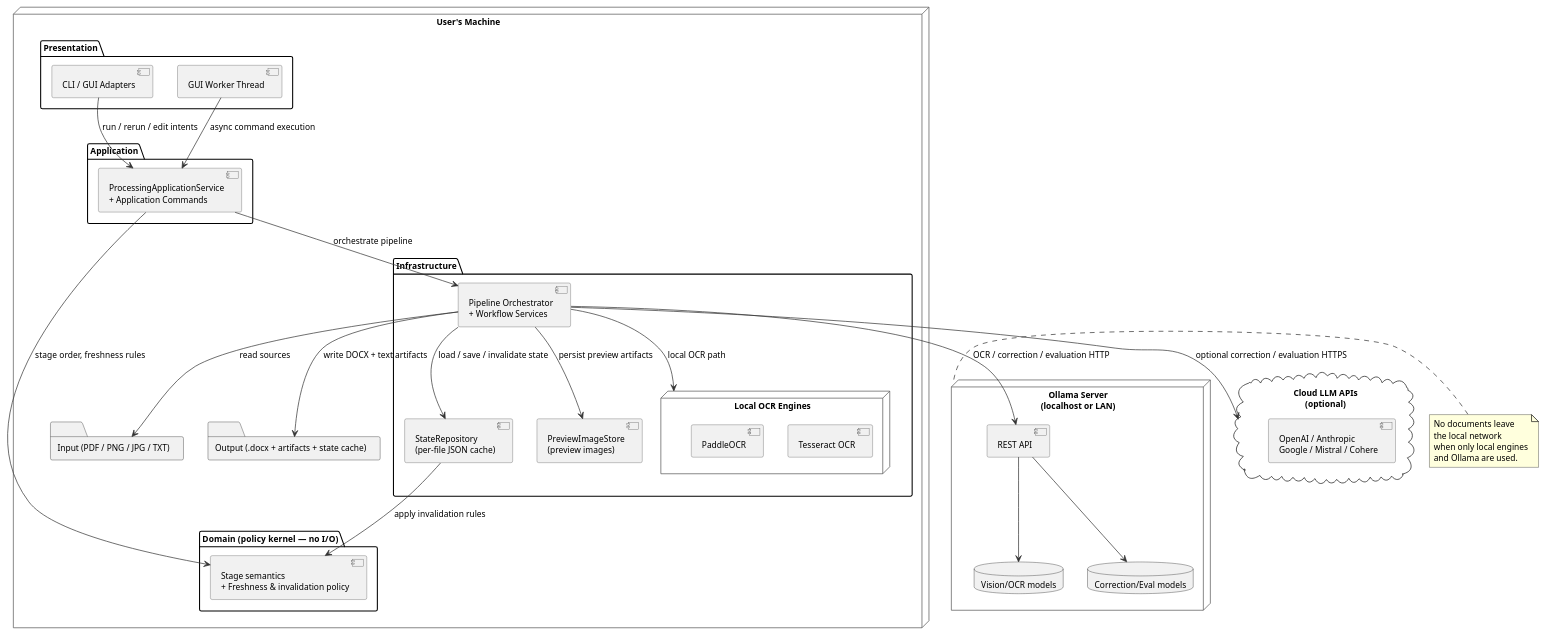
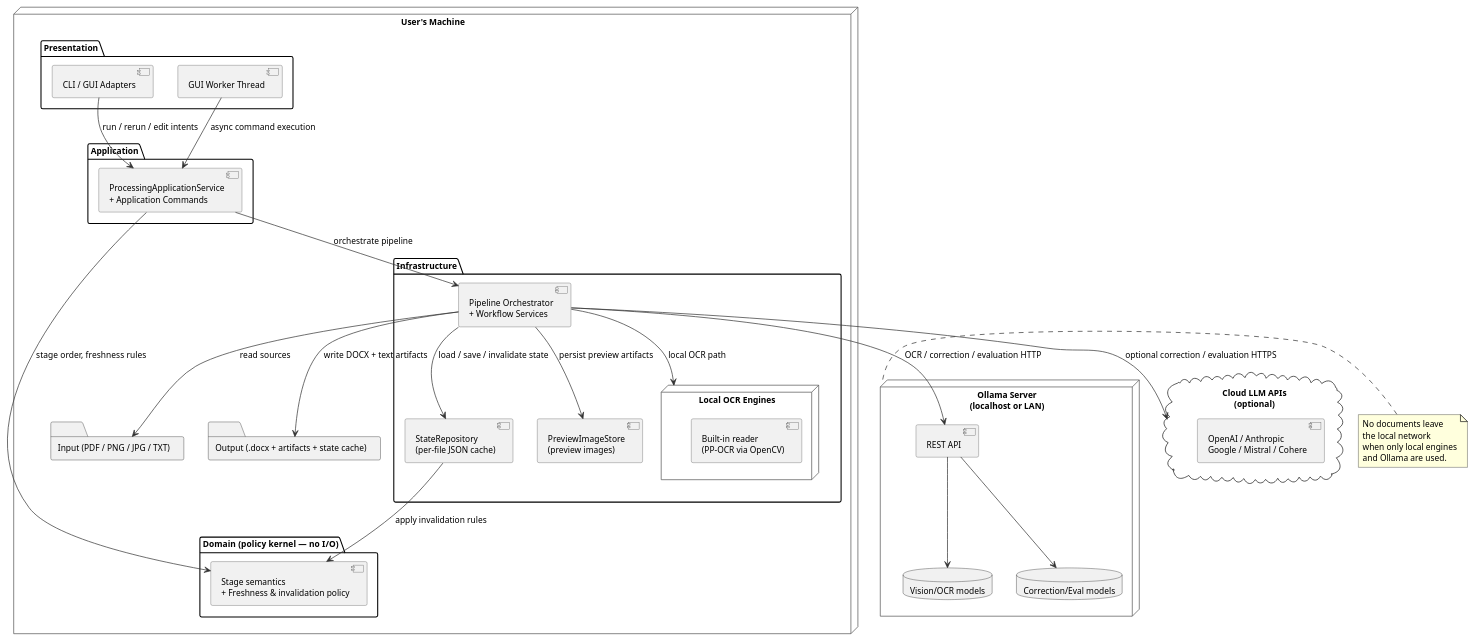
One commit to JoHoenk/teachers-teammate changed the diagram in docs/assets/deployment_diagram.puml. Above: the diagram before and after it, drawn with PlantUML. The commit also changed 148 other files, not shown here.

```diff
--- a/docs/assets/deployment_diagram.puml
+++ b/docs/assets/deployment_diagram.puml
@@ -1,76 +1,75 @@
 @startuml Teacher's Teammate — Deployment Diagram (Layered Runtime)
 top to bottom direction
 
 skinparam defaultFontSize 12
 skinparam nodeBorderColor #555555
 skinparam componentBorderColor #555555
 skinparam arrowColor #333333
 skinparam shadowing false
 skinparam noteBackgroundColor #FFFFDD
 
 node "User's Machine" as LOCAL {
   package "Presentation" {
     component "CLI / GUI Adapters" as PRES
     component "GUI Worker Thread" as WORKER
   }
 
   package "Application" {
     component "ProcessingApplicationService\n+ Application Commands" as APP
   }
 
   package "Domain  (policy kernel — no I/O)" {
     component "Stage semantics\n+ Freshness & invalidation policy" as DOMAIN
   }
 
   package "Infrastructure" {
     component "Pipeline Orchestrator\n+ Workflow Services" as WORKFLOW
     component "StateRepository\n(per-file JSON cache)" as STATE
     component "PreviewImageStore\n(preview images)" as ART
     node "Local OCR Engines" as LOCAL_OCR {
-      component "Tesseract OCR" as TESS
-      component "PaddleOCR" as PADDLE
+      component "Built-in reader\n(PP-OCR via OpenCV)" as READER
     }
   }
 
   folder "Input (PDF / PNG / JPG / TXT)" as IN_FILES
   folder "Output (.docx + artifacts + state cache)" as OUT_FILES
 }
 
 node "Ollama Server\n(localhost or LAN)" as OLLAMA_HOST {
   component "REST API" as OLLAMA_API
   database "Vision/OCR models" as OCR_MDL
   database "Correction/Eval models" as CORR_MDL
   OLLAMA_API --> OCR_MDL
   OLLAMA_API --> CORR_MDL
 }
 
 note right of OLLAMA_HOST
   No documents leave
   the local network
   when only local engines
   and Ollama are used.
 end note
 
 cloud "Cloud LLM APIs\n(optional)" as CLOUD {
   component "OpenAI / Anthropic\nGoogle / Mistral / Cohere" as PROVIDERS
 }
 
 ' Control flow
 PRES   --> APP      : run / rerun / edit intents
 WORKER --> APP      : async command execution
 
 ' Application consults domain policy and delegates to infrastructure
 APP --> DOMAIN   : stage order, freshness rules
 APP --> WORKFLOW : orchestrate pipeline
 
 ' Infrastructure does all I/O
 WORKFLOW --> STATE        : load / save / invalidate state
 STATE    --> DOMAIN       : apply invalidation rules
 WORKFLOW --> ART          : persist preview artifacts
 WORKFLOW --> LOCAL_OCR    : local OCR path
 WORKFLOW --> OLLAMA_API   : OCR / correction / evaluation HTTP
 WORKFLOW --> CLOUD        : optional correction / evaluation HTTPS
 WORKFLOW --> IN_FILES     : read sources
 WORKFLOW --> OUT_FILES    : write DOCX + text artifacts
 
 @enduml
```
